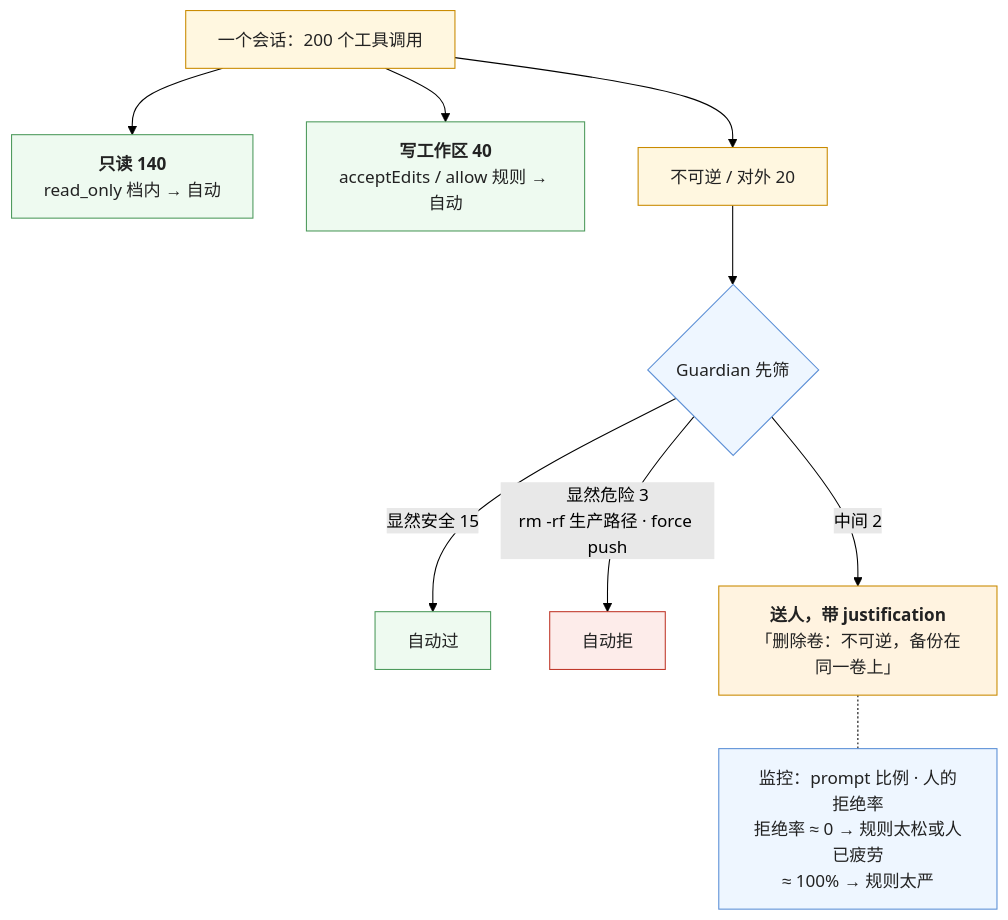
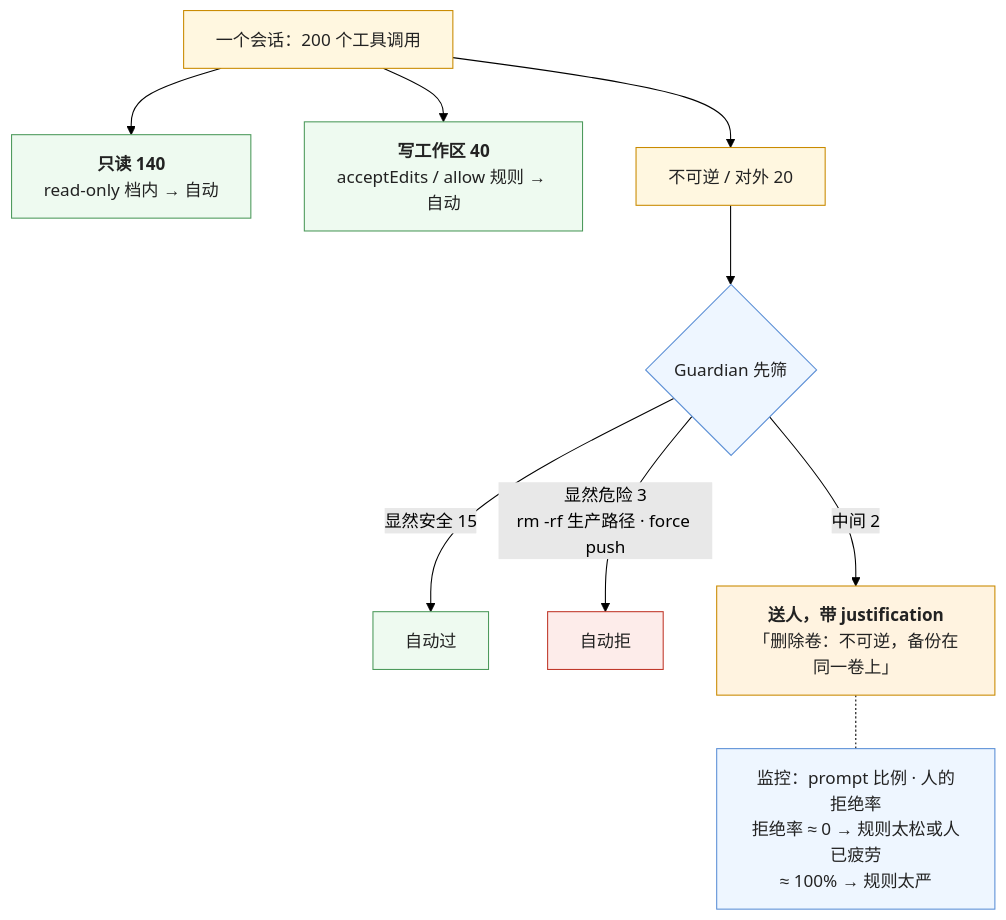
The fifth of 5 diagrams in _posts/2026-10-25-permissions-sandboxes-and-security-boundaries-for-agents.md (arganzheng/arganzheng.github.com), drawn with Mermaid (forest theme) before and after one commit. The commit also changed other lines of this file and 11 other files, not shown here.

````diff
--- a/_posts/2026-10-25-permissions-sandboxes-and-security-boundaries-for-agents.md
+++ b/_posts/2026-10-25-permissions-sandboxes-and-security-boundaries-for-agents.md
@@ -305,22 +305,22 @@
 ```mermaid
 %% 图：策略化授权把审批从「每条都问」变成「只问真正要判断的」——一个会话里 200 个工具调用：只读 140 个自动过、写工作区 40 个按规则自动过、Guardian 把 15 个「显然安全」放行、3 个「显然危险」自动拒，只有 2 个不可逆 / 对外的动作送人；人每次看到的都值得看
 flowchart TB
-    ALL["一个会话：200 个工具调用"] --> RO["<b>只读 140</b><br/>read_only 档内 → 自动"]
+    ALL["一个会话：200 个工具调用"] --> RO["<b>只读 140</b><br/>read-only 档内 → 自动"]
     ALL --> WR["<b>写工作区 40</b><br/>acceptEdits / allow 规则 → 自动"]
     ALL --> HI["不可逆 / 对外 20"]
     HI --> G{"Guardian 先筛"}
     G -->|"显然安全 15"| OK["自动过"]
     G -->|"显然危险 3<br/>rm -rf 生产路径 · force push"| NO["自动拒"]
     G -->|"中间 2"| ASK["<b>送人，带 justification</b><br/>「删除卷：不可逆，备份在同一卷上」"]
     ASK -.- MON["监控：prompt 比例 · 人的拒绝率<br/>拒绝率 ≈ 0 → 规则太松或人已疲劳<br/>≈ 100% → 规则太严"]
     classDef n fill:#fff7e0,stroke:#c98a00,color:#222
     classDef ok fill:#eefaf0,stroke:#4d9a5c,color:#222
     classDef bad fill:#fdecea,stroke:#c0392b,color:#222
     classDef ask fill:#fff3e0,stroke:#c98a00,color:#222
     classDef dec fill:#eef6ff,stroke:#5b8fd6,color:#222
     class ALL,HI n
     class RO,WR,OK ok
     class NO bad
     class ASK ask
     class G,MON dec
 ```
````
